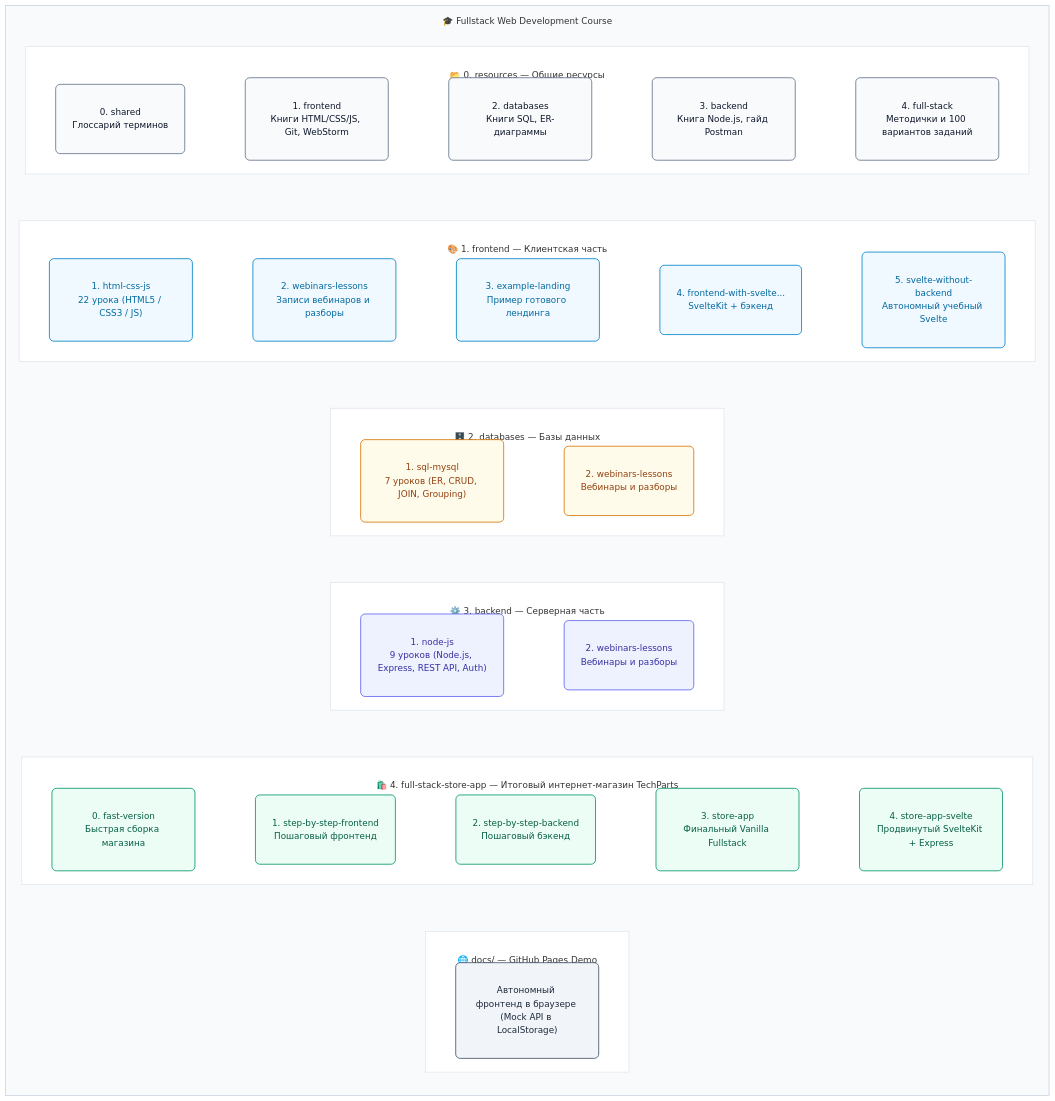
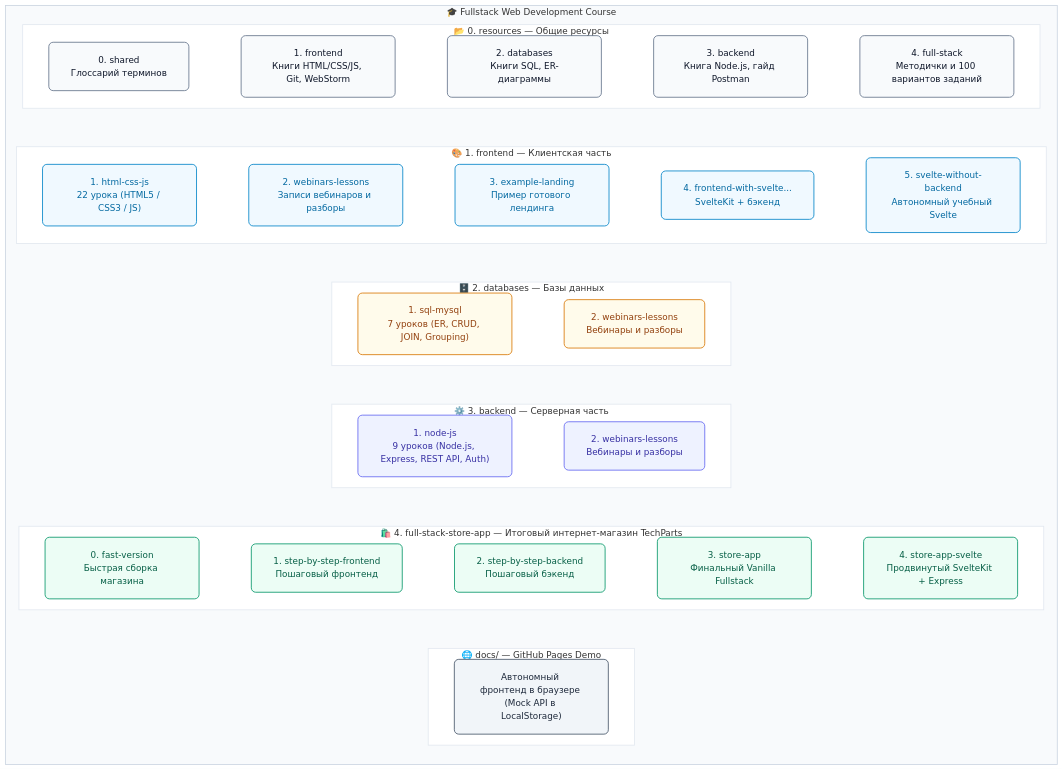
One commit to mrsky1001/fullstack-web-development-course changed the first of 2 diagrams in README.ru.md. Above: the diagram before and after it, drawn with Mermaid. The commit also changed other lines of this file and 1 other file, not shown here.

Commit message:
refactor: standardize mermaid diagram node styling by removing excessive padding and applying inline spans

````diff
--- a/README.ru.md
+++ b/README.ru.md
@@ -137,55 +137,55 @@
 ```mermaid
-%%{init: {'flowchart': {'rankSpacing': 60, 'nodeSpacing': 30, 'subGraphTitleMargin': {'top': 16, 'bottom': 16}}}}%%
+%%{init: {'flowchart': {'rankSpacing': 45, 'nodeSpacing': 20, 'padding': 20}}}%%
 flowchart TD
     subgraph ROOT["🎓 Fullstack Web Development Course"]
         direction TB
 
-        subgraph RES["<br/>📂 0. resources — Общие ресурсы<br/>&nbsp;"]
+        subgraph RES["📂 0. resources — Общие ресурсы"]
             direction LR
-            R0["&nbsp;<br/>0. shared<br/>Глоссарий терминов<br/>&nbsp;"]
-            R1["&nbsp;<br/>1. frontend<br/>Книги HTML/CSS/JS, Git, WebStorm<br/>&nbsp;"]
-            R2["&nbsp;<br/>2. databases<br/>Книги SQL, ER-диаграммы<br/>&nbsp;"]
-            R3["&nbsp;<br/>3. backend<br/>Книга Node.js, гайд Postman<br/>&nbsp;"]
-            R4["&nbsp;<br/>4. full-stack<br/>Методички и 100 вариантов заданий<br/>&nbsp;"]
+            R0["<span style='display:inline-block; text-decoration:none;'>0. shared<br/>Глоссарий терминов</span>"]
+            R1["<span style='display:inline-block; text-decoration:none;'>1. frontend<br/>Книги HTML/CSS/JS, Git, WebStorm</span>"]
+            R2["<span style='display:inline-block; text-decoration:none;'>2. databases<br/>Книги SQL, ER-диаграммы</span>"]
+            R3["<span style='display:inline-block; text-decoration:none;'>3. backend<br/>Книга Node.js, гайд Postman</span>"]
+            R4["<span style='display:inline-block; text-decoration:none;'>4. full-stack<br/>Методички и 100 вариантов заданий</span>"]
             R0 ~~~ R1 ~~~ R2 ~~~ R3 ~~~ R4
         end
 
-        subgraph MOD1["<br/>🎨 1. frontend — Клиентская часть<br/>&nbsp;"]
+        subgraph MOD1["🎨 1. frontend — Клиентская часть"]
             direction LR
-            F1["&nbsp;<br/>1. html-css-js<br/>22 урока (HTML5 / CSS3 / JS)<br/>&nbsp;"]
-            F2["&nbsp;<br/>2. webinars-lessons<br/>Записи вебинаров и разборы<br/>&nbsp;"]
-            F3["&nbsp;<br/>3. example-landing<br/>Пример готового лендинга<br/>&nbsp;"]
-            F4["&nbsp;<br/>4. frontend-with-svelte...<br/>SvelteKit + бэкенд<br/>&nbsp;"]
-            F5["&nbsp;<br/>5. svelte-without-backend<br/>Автономный учебный Svelte<br/>&nbsp;"]
+            F1["<span style='display:inline-block; text-decoration:none;'>1. html-css-js<br/>22 урока (HTML5 / CSS3 / JS)</span>"]
+            F2["<span style='display:inline-block; text-decoration:none;'>2. webinars-lessons<br/>Записи вебинаров и разборы</span>"]
+            F3["<span style='display:inline-block; text-decoration:none;'>3. example-landing<br/>Пример готового лендинга</span>"]
+            F4["<span style='display:inline-block; text-decoration:none;'>4. frontend-with-svelte...<br/>SvelteKit + бэкенд</span>"]
+            F5["<span style='display:inline-block; text-decoration:none;'>5. svelte-without-backend<br/>Автономный учебный Svelte</span>"]
             F1 ~~~ F2 ~~~ F3 ~~~ F4 ~~~ F5
         end
 
-        subgraph MOD2["<br/>🗄️ 2. databases — Базы данных<br/>&nbsp;"]
+        subgraph MOD2["🗄️ 2. databases — Базы данных"]
             direction LR
-            D1["&nbsp;<br/>1. sql-mysql<br/>7 уроков (ER, CRUD, JOIN, Grouping)<br/>&nbsp;"]
-            D2["&nbsp;<br/>2. webinars-lessons<br/>Вебинары и разборы<br/>&nbsp;"]
+            D1["<span style='display:inline-block; text-decoration:none;'>1. sql-mysql<br/>7 уроков (ER, CRUD, JOIN, Grouping)</span>"]
+            D2["<span style='display:inline-block; text-decoration:none;'>2. webinars-lessons<br/>Вебинары и разборы</span>"]
             D1 ~~~ D2
         end
 
-        subgraph MOD3["<br/>⚙️ 3. backend — Серверная часть<br/>&nbsp;"]
+        subgraph MOD3["⚙️ 3. backend — Серверная часть"]
             direction LR
-            B1["&nbsp;<br/>1. node-js<br/>9 уроков (Node.js, Express, REST API, Auth)<br/>&nbsp;"]
-            B2["&nbsp;<br/>2. webinars-lessons<br/>Вебинары и разборы<br/>&nbsp;"]
+            B1["<span style='display:inline-block; text-decoration:none;'>1. node-js<br/>9 уроков (Node.js, Express, REST API, Auth)</span>"]
+            B2["<span style='display:inline-block; text-decoration:none;'>2. webinars-lessons<br/>Вебинары и разборы</span>"]
             B1 ~~~ B2
         end
 
-        subgraph MOD4["<br/>🛍️ 4. full-stack-store-app — Итоговый интернет-магазин TechParts<br/>&nbsp;"]
+        subgraph MOD4["🛍️ 4. full-stack-store-app — Итоговый интернет-магазин TechParts"]
             direction LR
-            S0["&nbsp;<br/>0. fast-version<br/>Быстрая сборка магазина<br/>&nbsp;"]
-            S1["&nbsp;<br/>1. step-by-step-frontend<br/>Пошаговый фронтенд<br/>&nbsp;"]
-            S2["&nbsp;<br/>2. step-by-step-backend<br/>Пошаговый бэкенд<br/>&nbsp;"]
-            S3["&nbsp;<br/>3. store-app<br/>Финальный Vanilla Fullstack<br/>&nbsp;"]
-            S4["&nbsp;<br/>4. store-app-svelte<br/>Продвинутый SvelteKit + Express<br/>&nbsp;"]
+            S0["<span style='display:inline-block; text-decoration:none;'>0. fast-version<br/>Быстрая сборка магазина</span>"]
+            S1["<span style='display:inline-block; text-decoration:none;'>1. step-by-step-frontend<br/>Пошаговый фронтенд</span>"]
+            S2["<span style='display:inline-block; text-decoration:none;'>2. step-by-step-backend<br/>Пошаговый бэкенд</span>"]
+            S3["<span style='display:inline-block; text-decoration:none;'>3. store-app<br/>Финальный Vanilla Fullstack</span>"]
+            S4["<span style='display:inline-block; text-decoration:none;'>4. store-app-svelte<br/>Продвинутый SvelteKit + Express</span>"]
             S0 ~~~ S1 ~~~ S2 ~~~ S3 ~~~ S4
         end
 
-        subgraph DOCS["<br/>🌐 docs/ — GitHub Pages Demo<br/>&nbsp;"]
-            DOC["&nbsp;<br/>Автономный фронтенд в браузере (Mock API в LocalStorage)<br/>&nbsp;"]
+        subgraph DOCS["🌐 docs/ — GitHub Pages Demo"]
+            DOC["<span style='display:inline-block; text-decoration:none;'>Автономный фронтенд в браузере (Mock API в LocalStorage)</span>"]
         end
 
         RES ~~~ MOD1 ~~~ MOD2 ~~~ MOD3 ~~~ MOD4 ~~~ DOCS
````
